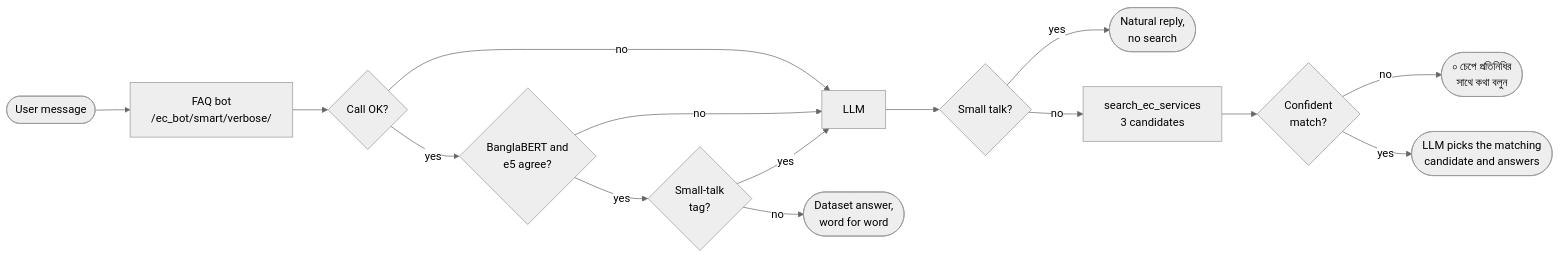
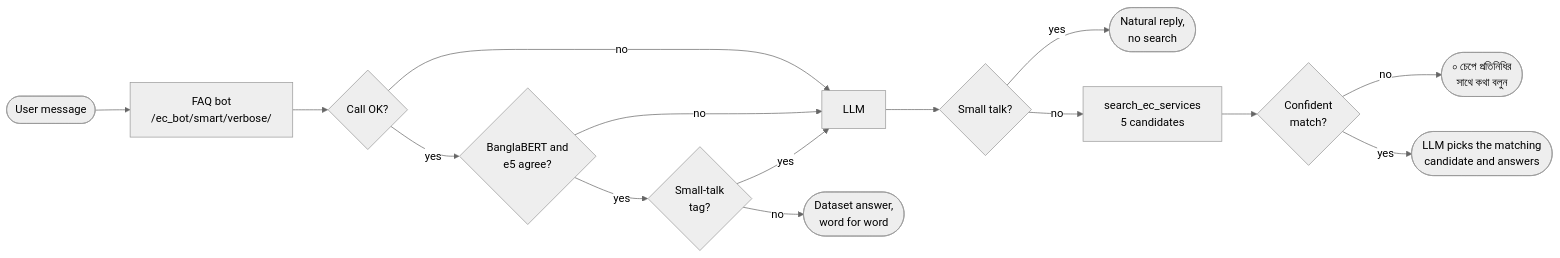
One commit to sayed-shaun/ec-conversational-chatbot changed the diagram in README.md. Above: the diagram before and after it, drawn with Mermaid (neutral theme). The commit also changed 1 other file, not shown here.

Commit message:
Show the LLM up to five search candidates instead of three

````diff
--- a/README.md
+++ b/README.md
@@ -37,18 +37,18 @@
 ```mermaid
 flowchart LR
     Q([User message]) --> FAQ["FAQ bot<br/>/ec_bot/smart/verbose/"]
     FAQ --> C1{"Call OK?"}
     C1 -- no --> LLM
     C1 -- yes --> C2{"BanglaBERT and<br/>e5 agree?"}
     C2 -- no --> LLM
     C2 -- yes --> C3{"Small-talk<br/>tag?"}
     C3 -- yes --> LLM
     C3 -- no --> DIRECT(["Dataset answer,<br/>word for word"])
 
     LLM["LLM"] --> C4{"Small talk?"}
     C4 -- yes --> SELF(["Natural reply,<br/>no search"])
-    C4 -- no --> SEARCH["search_ec_services<br/>3 candidates"]
+    C4 -- no --> SEARCH["search_ec_services<br/>5 candidates"]
     SEARCH --> C5{"Confident<br/>match?"}
     C5 -- no --> FALLBACK(["০ চেপে প্রতিনিধির<br/>সাথে কথা বলুন"])
     C5 -- yes --> PICK(["LLM picks the matching<br/>candidate and answers"])
 ```
````
